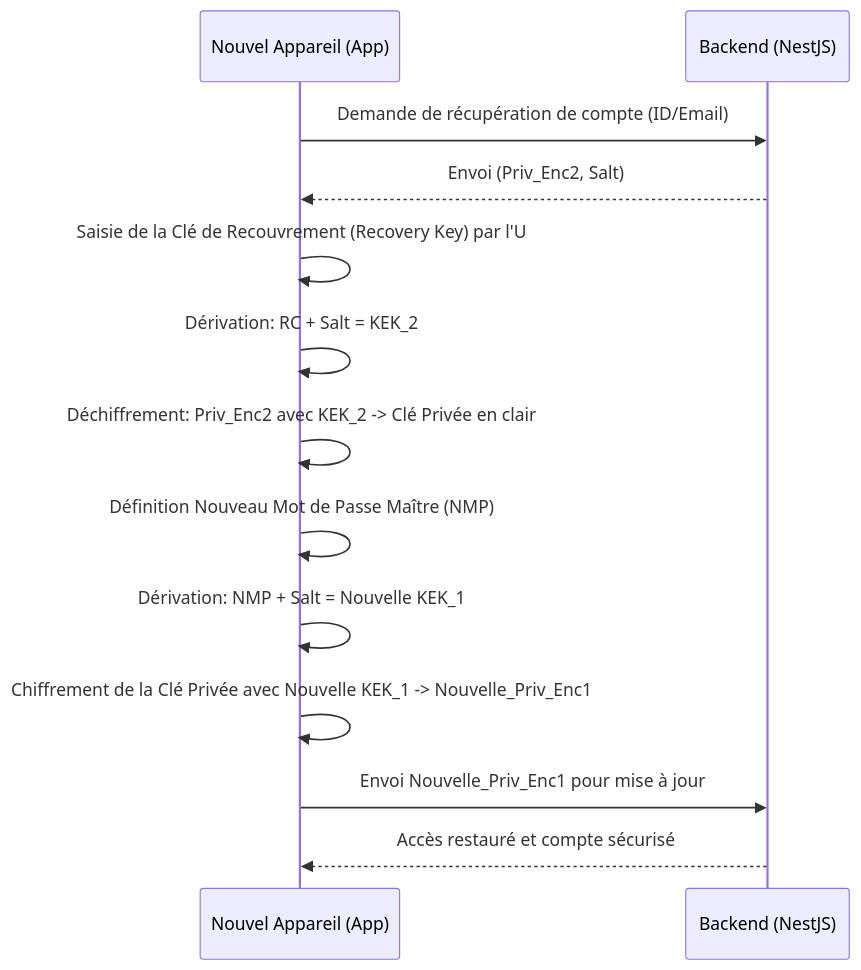
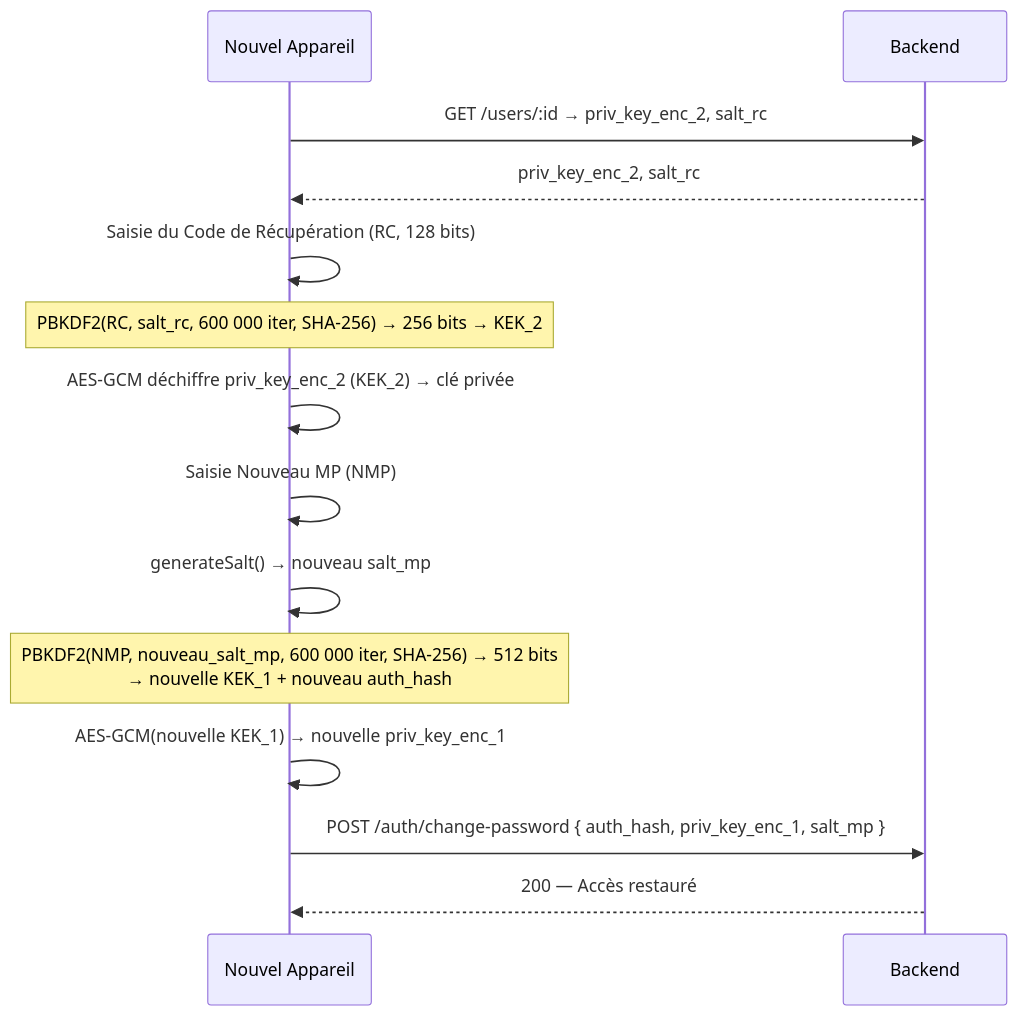
One commit to blind-storage/back-end changed the eighth of 10 diagrams in doc/crypto-flows.md. Above: the diagram before and after it, drawn with Mermaid. The commit also changed other lines of this file and 2 other files, not shown here.

````diff
--- a/doc/crypto-flows.md
+++ b/doc/crypto-flows.md
@@ -136,16 +191,17 @@
 ```mermaid
 sequenceDiagram
-    participant U as Nouvel Appareil (App)
-    participant B as Backend (NestJS)
+    participant U as Nouvel Appareil
+    participant B as Backend
 
-    U->>B: Demande de récupération de compte (ID/Email)
-    B-->>U: Envoi (Priv_Enc2, Salt)
-    U->>U: Saisie de la Clé de Recouvrement (Recovery Key) par l'U
-    U->>U: Dérivation: RC + Salt = KEK_2
-    U->>U: Déchiffrement: Priv_Enc2 avec KEK_2 -> Clé Privée en clair
-    U->>U: Définition Nouveau Mot de Passe Maître (NMP)
-    U->>U: Dérivation: NMP + Salt = Nouvelle KEK_1
-    U->>U: Chiffrement de la Clé Privée avec Nouvelle KEK_1 -> Nouvelle_Priv_Enc1
-    U->>B: Envoi Nouvelle_Priv_Enc1 pour mise à jour
-    B-->>U: Accès restauré et compte sécurisé
+    U->>B: GET /users/:id → priv_key_enc_2, salt_rc
+    B-->>U: priv_key_enc_2, salt_rc
+    U->>U: Saisie du Code de Récupération (RC, 128 bits)
+    Note over U: PBKDF2(RC, salt_rc, 600 000 iter, SHA-256) → 256 bits → KEK_2
+    U->>U: AES-GCM déchiffre priv_key_enc_2 (KEK_2) → clé privée
+    U->>U: Saisie Nouveau MP (NMP)
+    U->>U: generateSalt() → nouveau salt_mp
+    Note over U: PBKDF2(NMP, nouveau_salt_mp, 600 000 iter, SHA-256) → 512 bits<br/>→ nouvelle KEK_1 + nouveau auth_hash
+    U->>U: AES-GCM(nouvelle KEK_1) → nouvelle priv_key_enc_1
+    U->>B: POST /auth/change-password { auth_hash, priv_key_enc_1, salt_mp }
+    B-->>U: 200 — Accès restauré
 ```
````
